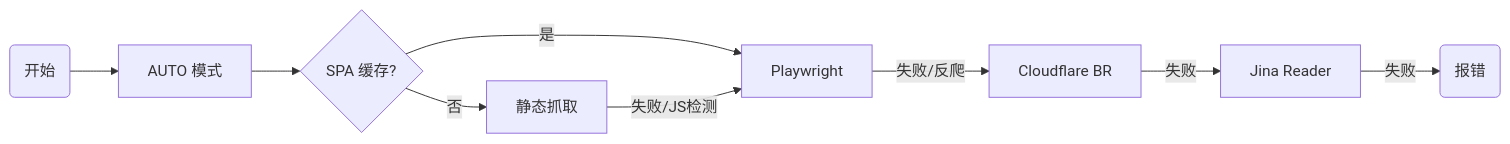
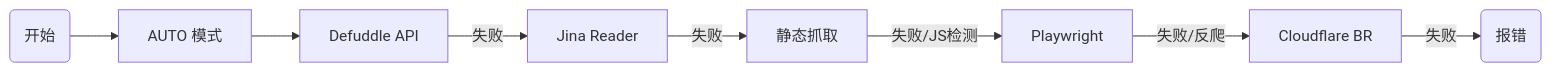
Before and after one commit to Ynewtime/markitai: the second of 2 diagrams in docs/architecture.md, drawn with Mermaid. The commit also changed other lines of this file and 154 other files, not shown here.

````diff
--- a/docs/architecture.md
+++ b/docs/architecture.md
@@ -461,11 +462,10 @@
 ```mermaid
 graph LR
     Start(开始) --> Auto[AUTO 模式]
-    Auto --> CheckCache{SPA 缓存?}
-    CheckCache -- 是 --> Browser[Playwright]
-    CheckCache -- 否 --> Static[静态抓取]
-    Static -- 失败/JS检测 --> Browser
+    Auto --> Defuddle[Defuddle API]
+    Defuddle -- 失败 --> Jina[Jina Reader]
+    Jina -- 失败 --> Static[静态抓取]
+    Static -- 失败/JS检测 --> Browser[Playwright]
     Browser -- 失败/反爬 --> CF[Cloudflare BR]
-    CF -- 失败 --> Jina[Jina Reader]
-    Jina -- 失败 --> Error(报错)
+    CF -- 失败 --> Error(报错)
 ```
````
